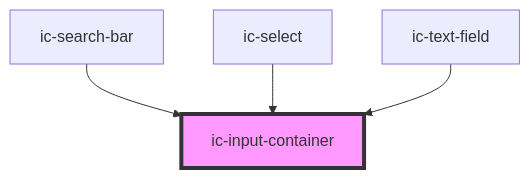
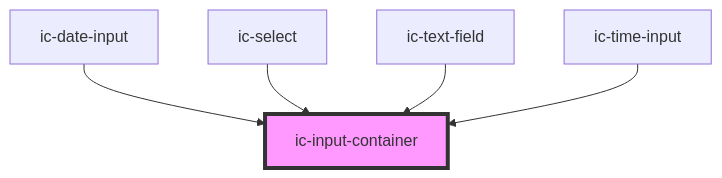
Before and after one commit to mi6/ic-ui-kit: the diagram in packages/web-components/src/components/ic-input-container/readme.md, drawn with Mermaid. The commit also changed other lines of this file and 19 other files, not shown here.

````diff
--- a/packages/web-components/src/components/ic-input-container/readme.md
+++ b/packages/web-components/src/components/ic-input-container/readme.md
@@ -25,7 +26,8 @@
 ```mermaid
 graph TD;
-  ic-search-bar --> ic-input-container
+  ic-date-input --> ic-input-container
   ic-select --> ic-input-container
   ic-text-field --> ic-input-container
+  ic-time-input --> ic-input-container
   style ic-input-container fill:#f9f,stroke:#333,stroke-width:4px
 ```
````
